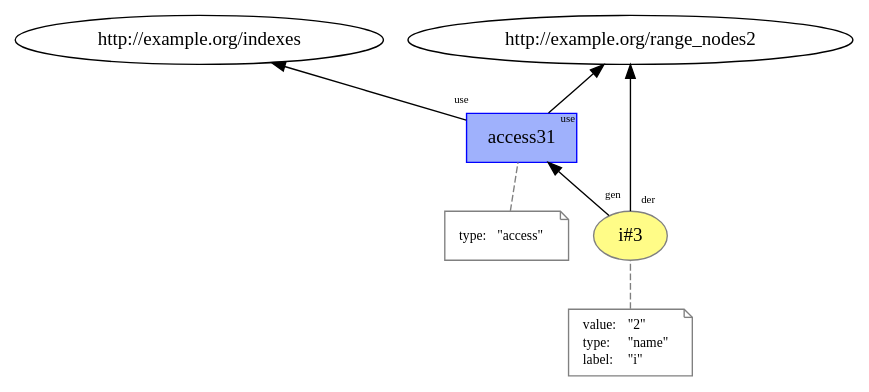
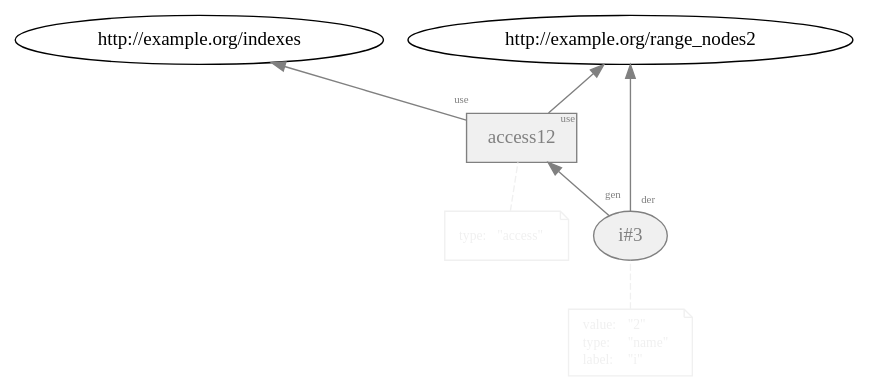
Before and after one commit to dew-uff/versioned-prov: the diagram in images/plain_prov/temp/L11__loop_access_3.dot, drawn with Graphviz. The commit also changed 390 other files, not shown here.

```diff
--- a/images/plain_prov/temp/L11__loop_access_3.dot
+++ b/images/plain_prov/temp/L11__loop_access_3.dot
@@ -1,30 +1,30 @@
 digraph "PROV" { size="16,12"; rankdir="BT";
-"http://example.org/i#3" [fillcolor="#FFFC87",color="#808080",style="filled",label="i#3",URL="http://example.org/i#3"]
-"-attrs0" [color="gray",shape="note",fontsize="10",fontcolor="black",label=<<TABLE cellpadding="0" border="0">
+"http://example.org/i#3" [fillcolor="#F0F0F0",color="gray",style="filled",label="i#3",URL="http://example.org/i#3",fontcolor="gray"]
+"-attrs0" [color="#F0F0F0",shape="note",fontsize="10",fontcolor="black",label=<<TABLE cellpadding="0" border="0">
 	<TR>
-	    <TD align="left">value:</TD>
-	    <TD align="left">&quot;2&quot;</TD>
+	    <TD align="left"><font color="#F0F0F0">value:</font></TD>
+	    <TD align="left"><font color="#F0F0F0">&quot;2&quot;</font></TD>
 	</TR>
 	<TR>
-	    <TD align="left">type:</TD>
-	    <TD align="left">&quot;name&quot;</TD>
+	    <TD align="left"><font color="#F0F0F0">type:</font></TD>
+	    <TD align="left"><font color="#F0F0F0">&quot;name&quot;</font></TD>
 	</TR>
 	<TR>
-	    <TD align="left">label:</TD>
-	    <TD align="left">&quot;i&quot;</TD>
+	    <TD align="left"><font color="#F0F0F0">label:</font></TD>
+	    <TD align="left"><font color="#F0F0F0">&quot;i&quot;</font></TD>
 	</TR>
 </TABLE>>]
-"-attrs0" -> "http://example.org/i#3" [color="gray",style="dashed",arrowhead="none"]
-"http://example.org/access31" [fillcolor="#9FB1FC",color="#0000FF",shape="polygon",sides="4",style="filled",label="access31",URL="http://example.org/access31"]
-"-attrs1" [color="gray",shape="note",fontsize="10",fontcolor="black",label=<<TABLE cellpadding="0" border="0">
+"-attrs0" -> "http://example.org/i#3" [color="#F0F0F0",style="dashed",arrowhead="none"]
+"http://example.org/access12" [fillcolor="#F0F0F0",color="gray",shape="polygon",sides="4",style="filled",label="access12",URL="http://example.org/access12",fontcolor="gray"]
+"-attrs1" [color="#F0F0F0",shape="note",fontsize="10",fontcolor="black",label=<<TABLE cellpadding="0" border="0">
 	<TR>
-	    <TD align="left">type:</TD>
-	    <TD align="left">&quot;access&quot;</TD>
+	    <TD align="left"><font color="#F0F0F0">type:</font></TD>
+	    <TD align="left"><font color="#F0F0F0">&quot;access&quot;</font></TD>
 	</TR>
 </TABLE>>]
-"-attrs1" -> "http://example.org/access31" [color="gray",style="dashed",arrowhead="none"]
-"http://example.org/access31" -> "http://example.org/range_nodes2" [labelfontsize="8",labeldistance="1.5",labelangle="60.0",rotation="20",taillabel="use"]
-"http://example.org/i#3" -> "http://example.org/range_nodes2" [labelfontsize="8",labeldistance="1.5",labelangle="60.0",rotation="20",taillabel="der"]
-"http://example.org/i#3" -> "http://example.org/access31" [labelfontsize="8",labeldistance="1.5",labelangle="60.0",rotation="20",taillabel="gen"]
-"http://example.org/access31" -> "http://example.org/indexes" [labelfontsize="8",labeldistance="1.5",labelangle="60.0",rotation="20",taillabel="use"]
+"-attrs1" -> "http://example.org/access12" [color="#F0F0F0",style="dashed",arrowhead="none"]
+"http://example.org/access12" -> "http://example.org/range_nodes2" [labelfontsize="8",labeldistance="1.5",labelangle="60.0",rotation="20",taillabel="use",fontcolor="gray",color="gray"]
+"http://example.org/i#3" -> "http://example.org/range_nodes2" [labelfontsize="8",labeldistance="1.5",labelangle="60.0",rotation="20",taillabel="der",fontcolor="gray",color="gray"]
+"http://example.org/i#3" -> "http://example.org/access12" [labelfontsize="8",labeldistance="1.5",labelangle="60.0",rotation="20",taillabel="gen",fontcolor="gray",color="gray"]
+"http://example.org/access12" -> "http://example.org/indexes" [labelfontsize="8",labeldistance="1.5",labelangle="60.0",rotation="20",taillabel="use",fontcolor="gray",color="gray"]
 }
```
